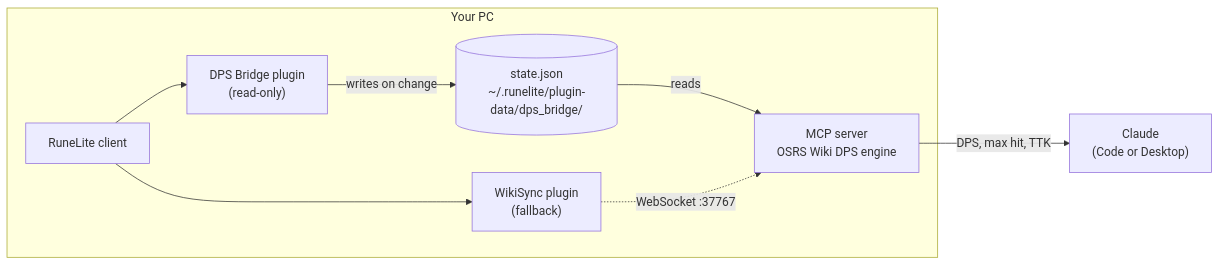
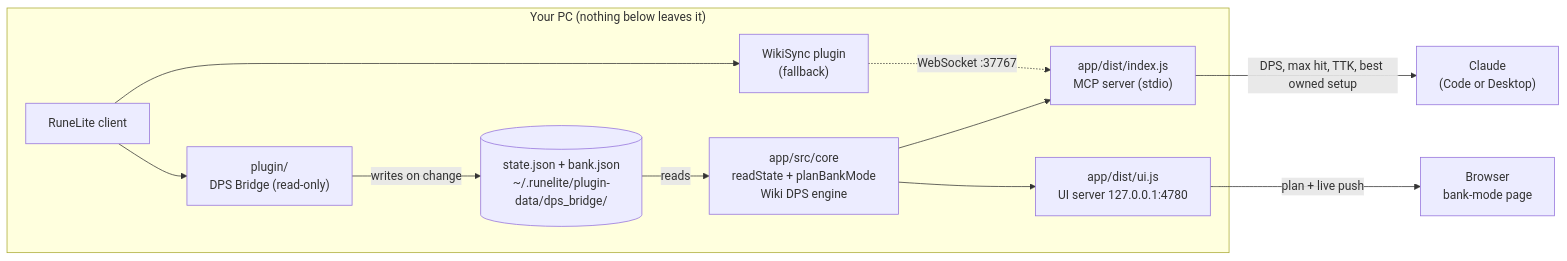
The diagram in README.md (TomsoucAI/osrs-pvm-coach), drawn with Mermaid before and after one commit. The commit also changed other lines of this file and 1 other file, not shown here.

````diff
--- a/README.md
+++ b/README.md
@@ -7,18 +13,24 @@
 ```mermaid
 flowchart LR
-    subgraph PC["Your PC"]
+    subgraph PC["Your PC (nothing below leaves it)"]
         RL["RuneLite client"]
-        DB["DPS Bridge plugin<br/>(read-only)"]
+        PL["plugin/<br/>DPS Bridge (read-only)"]
+        F[("state.json + bank.json<br/>~/.runelite/plugin-data/dps_bridge/")]
+        CORE["app/src/core<br/>readState + planBankMode<br/>Wiki DPS engine"]
+        MCP["app/dist/index.js<br/>MCP server (stdio)"]
+        UI["app/dist/ui.js<br/>UI server 127.0.0.1:4780"]
         WS["WikiSync plugin<br/>(fallback)"]
-        SJ[("state.json<br/>~/.runelite/plugin-data/dps_bridge/")]
-        MCP["MCP server<br/>OSRS Wiki DPS engine"]
     end
     C["Claude<br/>(Code or Desktop)"]
+    B["Browser<br/>bank-mode page"]
 
-    RL --> DB
-    DB -->|writes on change| SJ
-    SJ -->|reads| MCP
+    RL --> PL
+    PL -->|writes on change| F
+    F -->|reads| CORE
+    CORE --> MCP
+    CORE --> UI
     RL --> WS
     WS -.->|"WebSocket :37767"| MCP
-    MCP -->|"DPS, max hit, TTK"| C
+    MCP -->|"DPS, max hit, TTK, best owned setup"| C
+    UI -->|"plan + live push"| B
 ```
````
